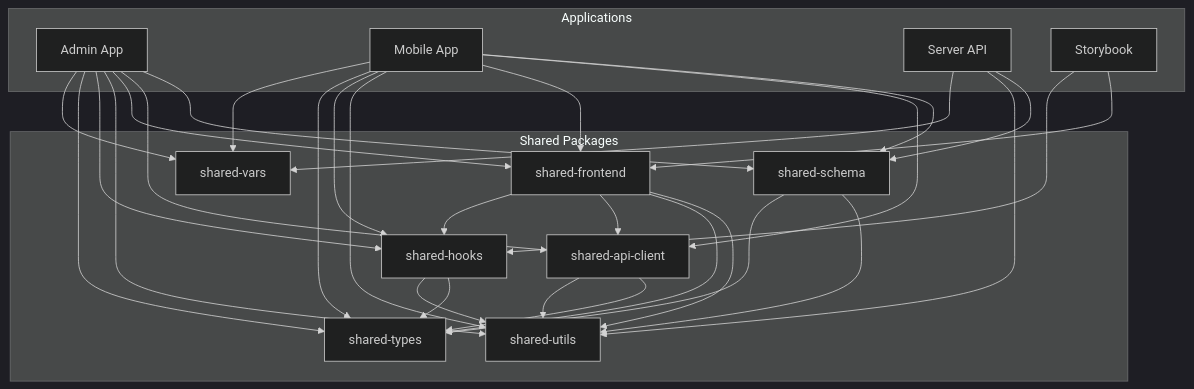
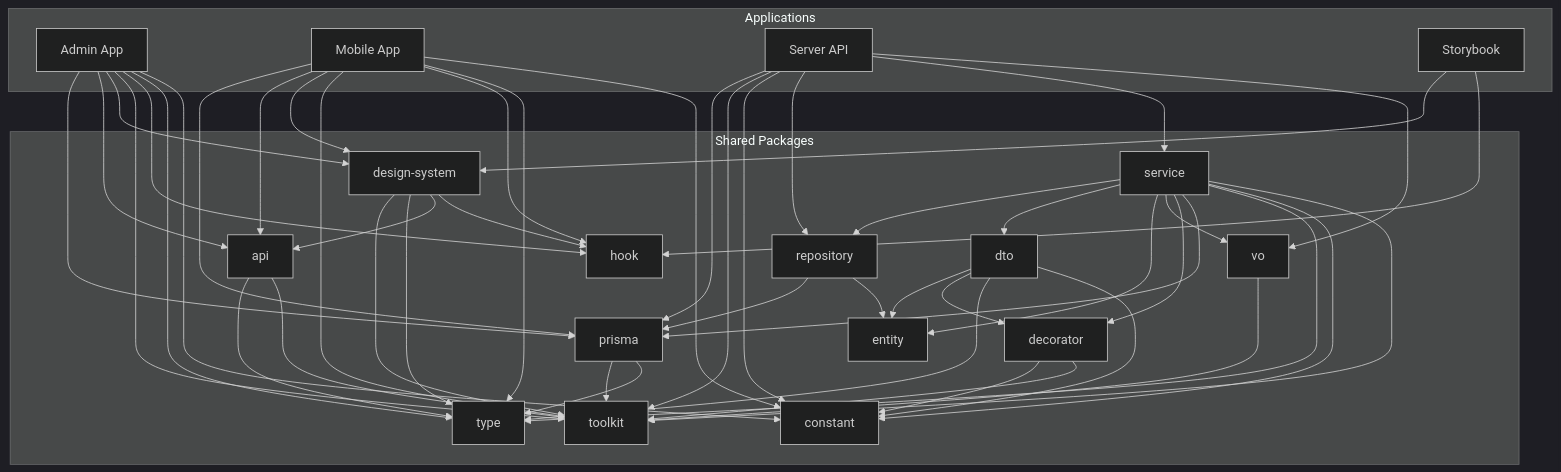
Before and after one commit to kimjoongwon/prj-core: the sixth of 6 diagrams in .qoder/repowiki/en/content/System Overview/Architecture Overview/Monorepo Architecture/Monorepo Architecture.md, drawn with Mermaid (dark theme). The commit also changed other lines of this file and 315 other files, not shown here.

````diff
--- a/.qoder/repowiki/en/content/System Overview/Architecture Overview/Monorepo Architecture/Monorepo Architecture.md
+++ b/.qoder/repowiki/en/content/System Overview/Architecture Overview/Monorepo Architecture/Monorepo Architecture.md
@@ -254,47 +293,72 @@
 ```mermaid
 graph TD
 subgraph "Applications"
 Admin[Admin App]
 Mobile[Mobile App]
 Server[Server API]
 Storybook[Storybook]
 end
 subgraph "Shared Packages"
-Schema[shared-schema]
-ApiClient[shared-api-client]
-Frontend[shared-frontend]
-Utils[shared-utils]
-Hooks[shared-hooks]
-Types[shared-types]
-Vars[shared-vars]
+Schema[prisma]
+ApiClient[api]
+Frontend[design-system]
+Utils[toolkit]
+Hooks[hook]
+Types[type]
+Vars[constant]
+VO[vo]
+Repository[repository]
+Service[service]
+Entity[entity]
+DTO[dto]
+Decorator[decorator]
 end
 Admin --> Schema
 Admin --> ApiClient
 Admin --> Frontend
 Admin --> Utils
 Admin --> Hooks
 Admin --> Types
 Admin --> Vars
 Mobile --> Schema
 Mobile --> ApiClient
 Mobile --> Frontend
 Mobile --> Utils
 Mobile --> Hooks
 Mobile --> Types
 Mobile --> Vars
 Server --> Schema
 Server --> Utils
 Server --> Vars
+Server --> Repository
+Server --> Service
+Server --> VO
 Storybook --> Frontend
 Storybook --> Hooks
 Frontend --> Utils
 Frontend --> Types
 Frontend --> ApiClient
 Frontend --> Hooks
 ApiClient --> Types
 ApiClient --> Utils
 Schema --> Utils
 Schema --> Types
-Hooks --> Types
-Hooks --> Utils
+Repository --> Schema
+Repository --> Entity
+Service --> Repository
+Service --> DTO
+Service --> Entity
+Service --> VO
+Service --> Decorator
+Service --> Schema
+Service --> Types
+Service --> Vars
+Service --> Utils
+DTO --> Entity
+DTO --> Decorator
+DTO --> Types
+DTO --> Vars
+Decorator --> Vars
+Decorator --> Utils
+VO --> Utils
 ```
````
